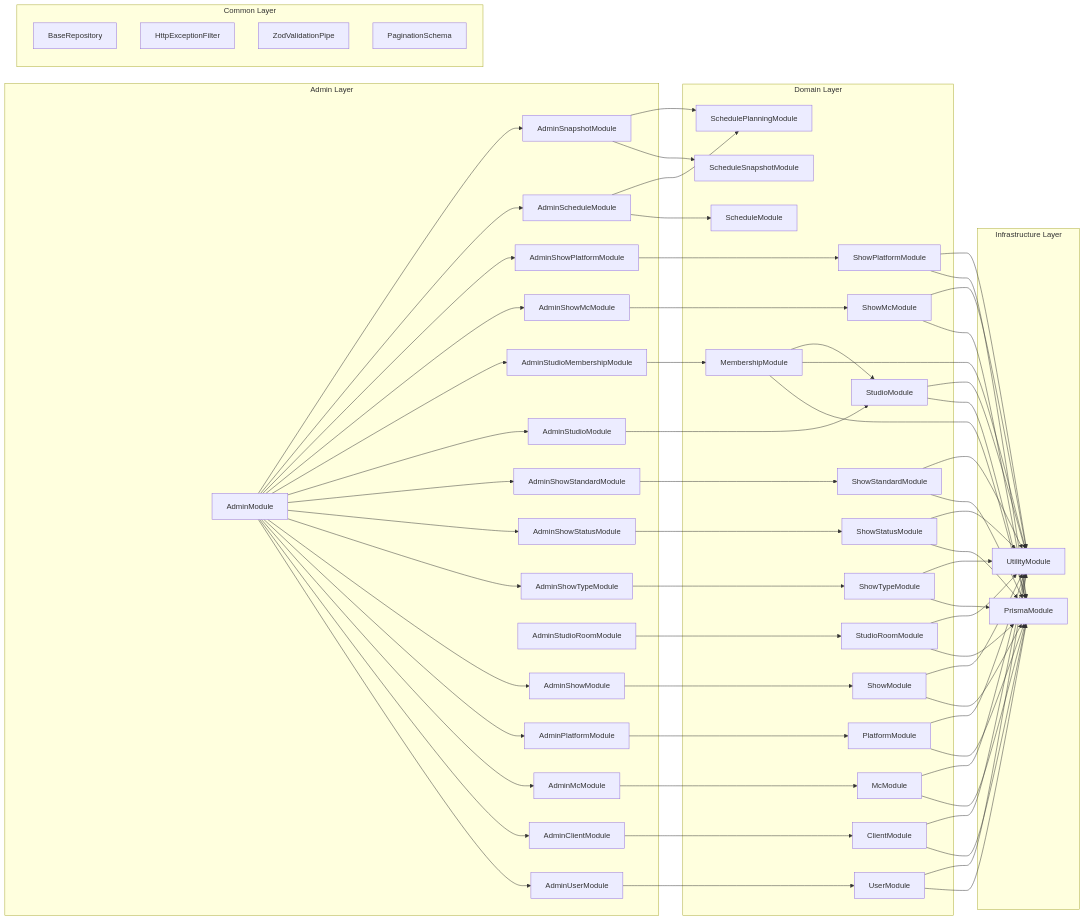
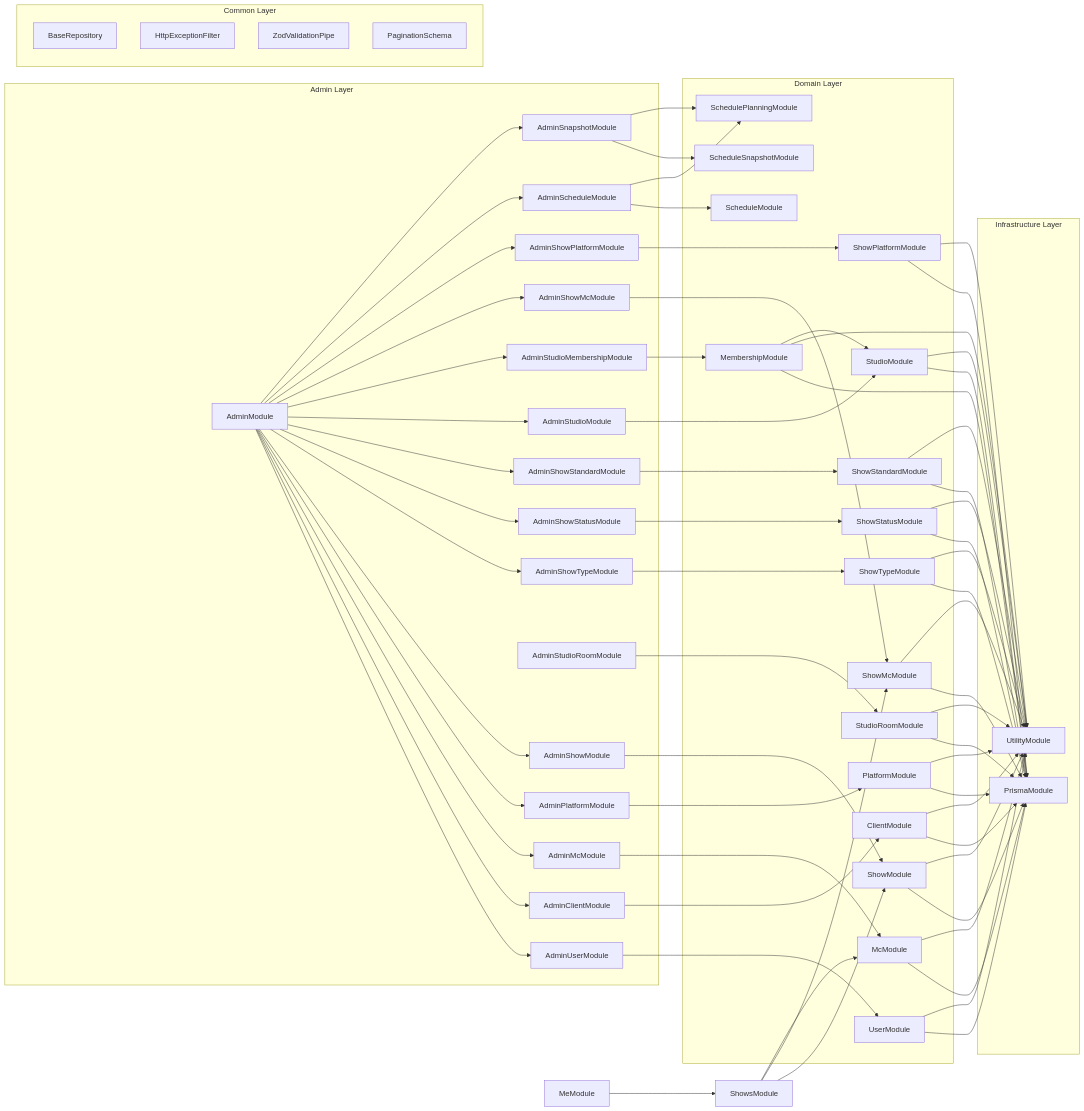
Before and after one commit to allenlin90/eridu-services: the second of 6 diagrams in apps/erify_api/docs/ARCHITECTURE.md, drawn with Mermaid. The commit also changed other lines of this file and 217 other files, not shown here.

```diff
--- a/apps/erify_api/docs/ARCHITECTURE.md
+++ b/apps/erify_api/docs/ARCHITECTURE.md
@@ -214,6 +215,12 @@
     AdminModule --> AdminScheduleModule
     AdminModule --> AdminSnapshotModule
     
+    MeModule --> ShowsModule
+    
+    ShowsModule --> ShowModule
+    ShowsModule --> ShowMcModule
+    ShowsModule --> McModule
+    
     AdminUserModule --> UserModule
     AdminClientModule --> ClientModule
     AdminMcModule --> McModule
```
